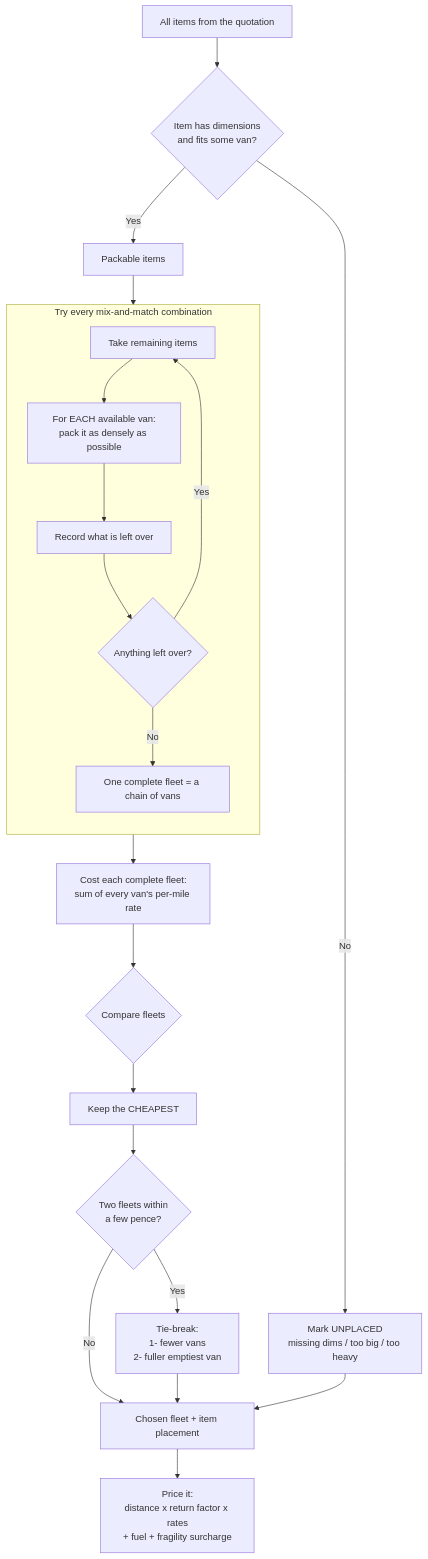
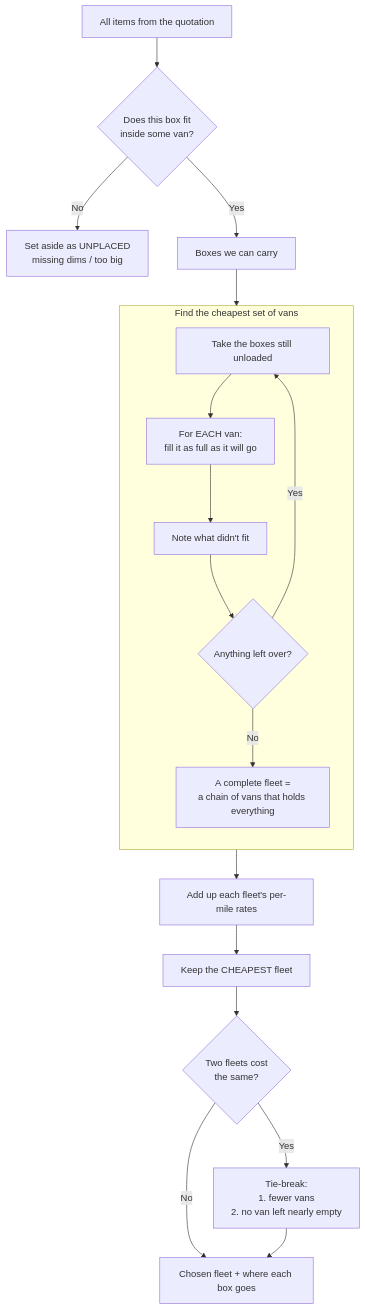
Before and after one commit to theShafCodes/logiVShaf: the first of 2 diagrams in shafs/docs/fleet-allocation.md, drawn with Mermaid. The commit also changed other lines of this file and 60 other files, not shown here.

````diff
--- a/shafs/docs/fleet-allocation.md
+++ b/shafs/docs/fleet-allocation.md
@@ -26,30 +38,25 @@
 ```mermaid
 flowchart TD
-    A[All items from the quotation] --> B{Item has dimensions<br/>and fits some van?}
-    B -- No --> U[Mark UNPLACED<br/>missing dims / too big / too heavy]
-    B -- Yes --> P[Packable items]
+    A[All items from the quotation] --> B{Does this box fit<br/>inside some van?}
+    B -- No --> U[Set aside as UNPLACED<br/>missing dims / too big]
+    B -- Yes --> P[Boxes we can carry]
 
     P --> T1
 
-    subgraph SEARCH [Try every mix-and-match combination]
+    subgraph SEARCH [Find the cheapest set of vans]
         direction TB
-        T1[Take remaining items] --> T2[For EACH available van:<br/>pack it as densely as possible]
-        T2 --> T3[Record what is left over]
+        T1[Take the boxes still unloaded] --> T2[For EACH van:<br/>fill it as full as it will go]
+        T2 --> T3[Note what didn't fit]
         T3 --> T4{Anything left over?}
         T4 -- Yes --> T1
-        T4 -- No --> T5[One complete fleet = a chain of vans]
+        T4 -- No --> T5[A complete fleet =<br/>a chain of vans that holds everything]
     end
 
-    T5 --> C[Cost each complete fleet:<br/>sum of every van's per-mile rate]
-    C --> D{Compare fleets}
-    D --> E[Keep the CHEAPEST]
+    T5 --> C[Add up each fleet's per-mile rates]
+    C --> E[Keep the CHEAPEST fleet]
 
-    E --> TIE{Two fleets within<br/>a few pence?}
-    TIE -- Yes --> TB[Tie-break:<br/>1- fewer vans<br/>2- fuller emptiest van]
-    TIE -- No --> OUT[Chosen fleet + item placement]
+    E --> TIE{Two fleets cost<br/>the same?}
+    TIE -- Yes --> TB[Tie-break:<br/>1. fewer vans<br/>2. no van left nearly empty]
+    TIE -- No --> OUT[Chosen fleet + where each box goes]
     TB --> OUT
-
-    OUT --> PR[Price it:<br/>distance x return factor x rates<br/>+ fuel + fragility surcharge]
-
-    U --> OUT
 ```
````
